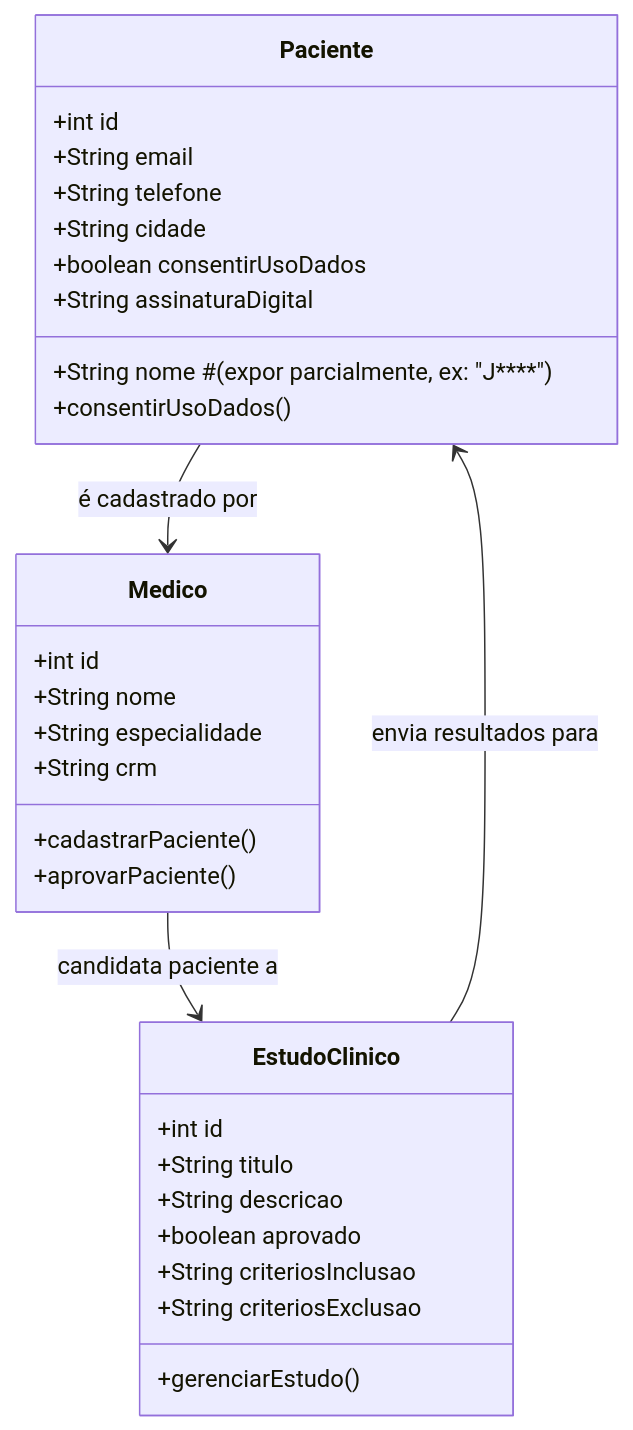
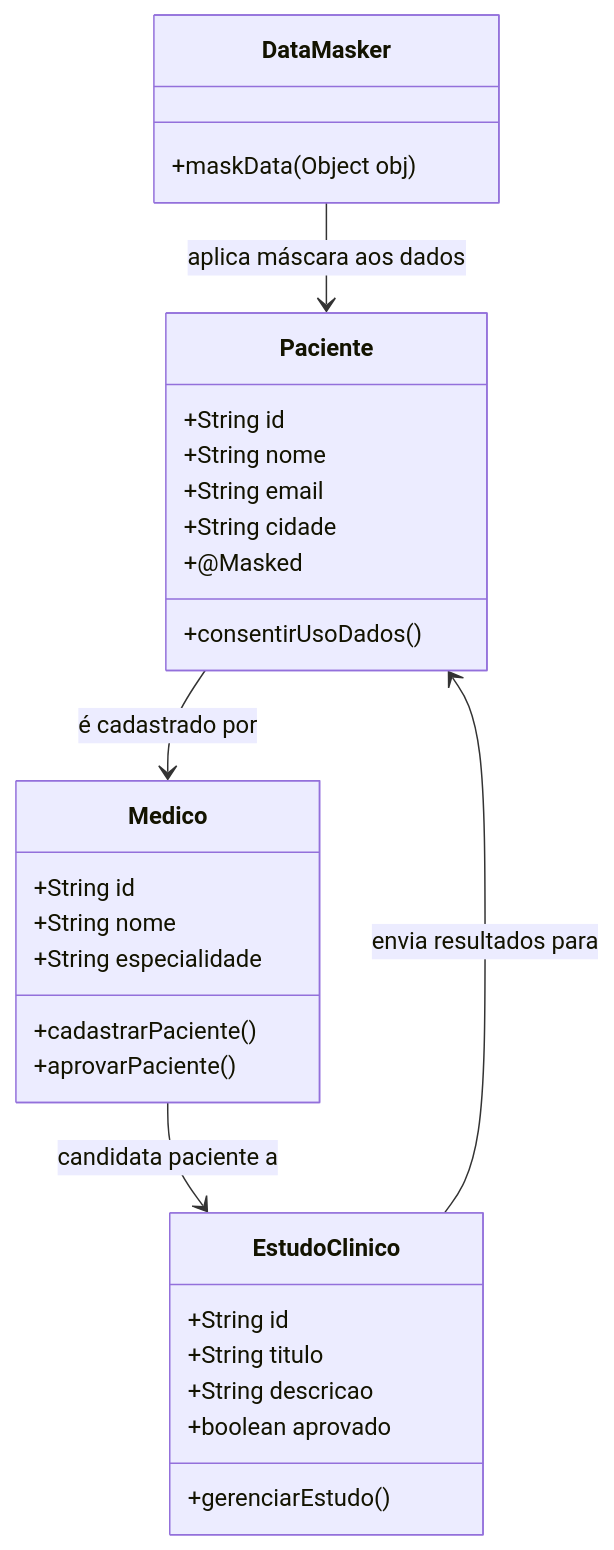
The fifth of 14 diagrams in README.md (andrefilipe1310/inovamed-), drawn with Mermaid before and after one commit.

````diff
--- a/README.md
+++ b/README.md
@@ -123,37 +123,37 @@
 ```mermaid
 classDiagram
   class Paciente {
-    +int id
-    +String nome # (expor parcialmente, ex: "J****")
+    +String id
+    +String nome
     +String email
-    +String telefone
     +String cidade
-    +boolean consentirUsoDados
-    +String assinaturaDigital
     +consentirUsoDados()
+    +@Masked
   }
   
   class Medico {
-    +int id
-    +String nome 
+    +String id
+    +String nome
     +String especialidade
-    +String crm
     +cadastrarPaciente()
     +aprovarPaciente()
   }
 
   class EstudoClinico {
-    +int id
+    +String id
     +String titulo
     +String descricao
     +boolean aprovado
-    +String criteriosInclusao
-    +String criteriosExclusao
     +gerenciarEstudo()
   }
-  
+
+  class DataMasker {
+    +maskData(Object obj)
+  }
+
   Paciente --> Medico : é cadastrado por
   Medico --> EstudoClinico : candidata paciente a
   EstudoClinico --> Paciente : envia resultados para
+  DataMasker --> Paciente : aplica máscara aos dados
 
 ```
````
